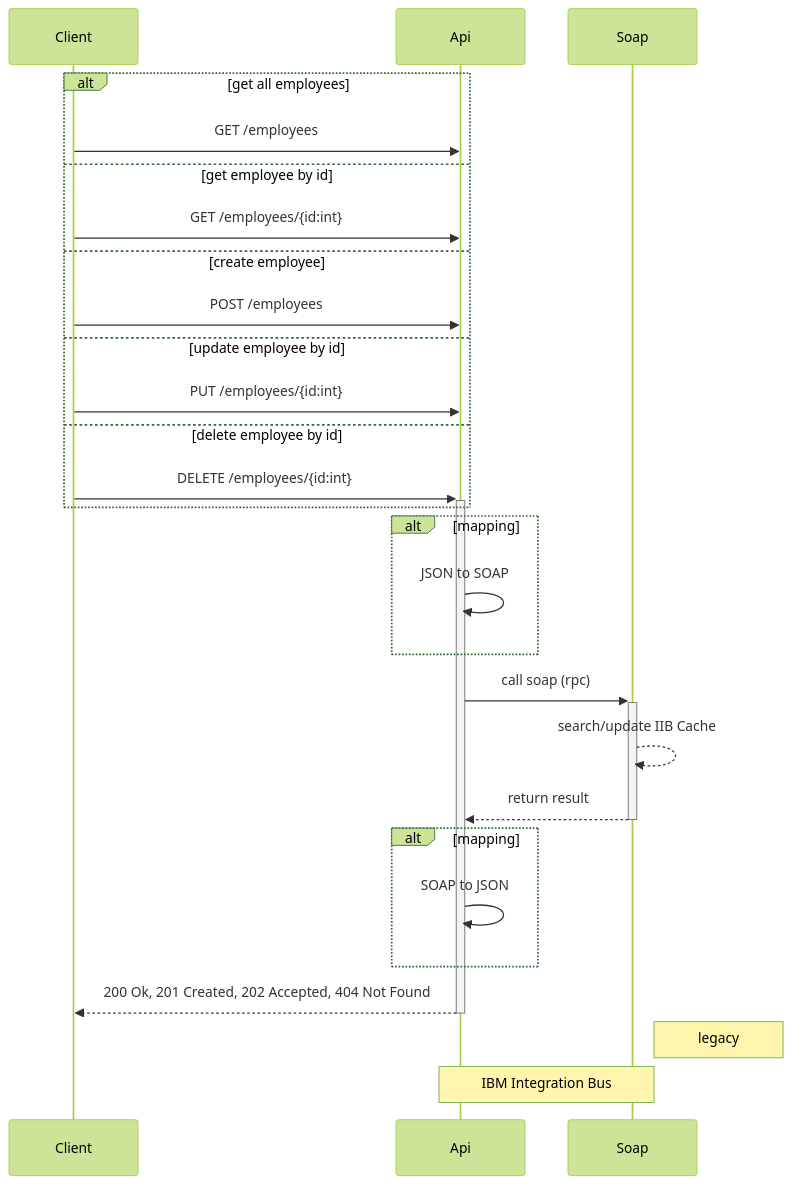
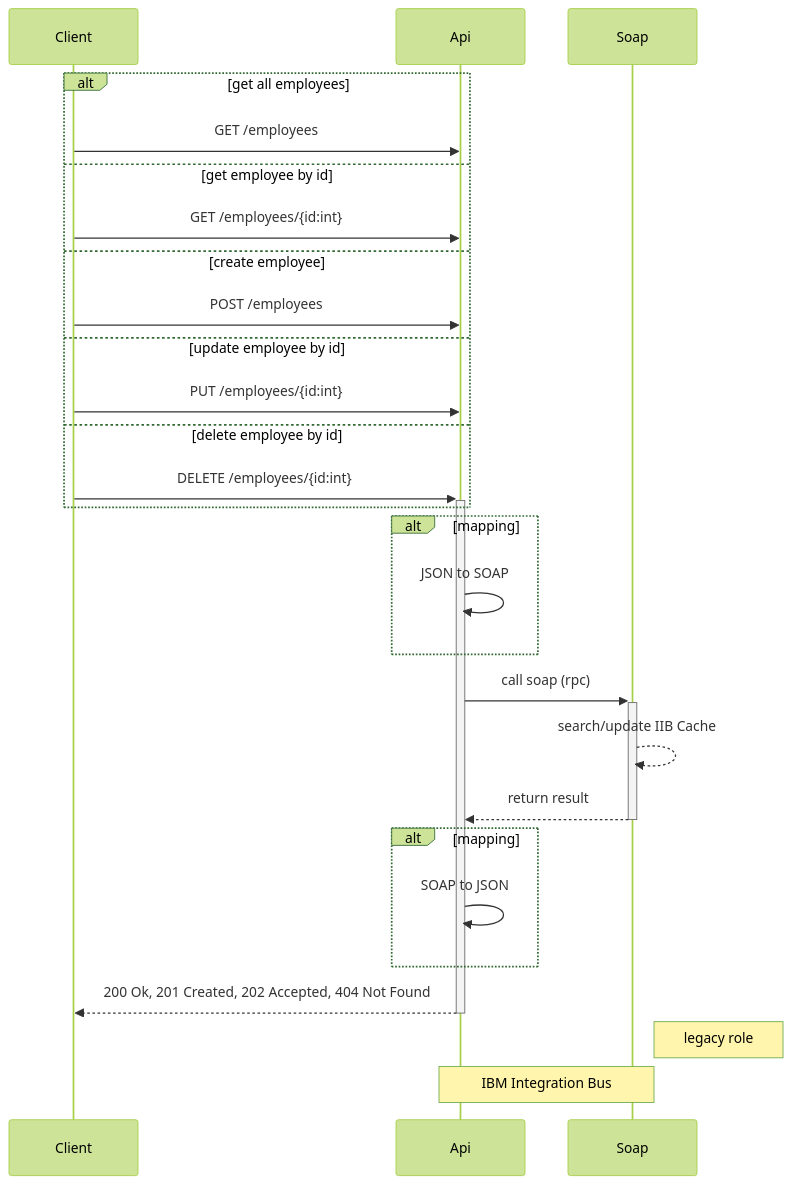
One commit to agabopinho/iib-lab changed the diagram in flow.mmd. Above: the diagram before and after it, drawn with Mermaid (forest theme). The commit also changed 3 other files, not shown here.

Commit message:
flow svg

```diff
--- a/flow.mmd
+++ b/flow.mmd
@@ -1,24 +1,24 @@
 sequenceDiagram
     alt get all employees
         Client->>Api: GET /employees
     else get employee by id
         Client->>Api: GET /employees/{id:int}
     else create employee 
         Client->>Api: POST /employees
     else update employee by id
         Client->>Api: PUT /employees/{id:int}
     else delete employee by id
         Client->>+Api: DELETE /employees/{id:int}
     end
     alt mapping
         Api->>Api: JSON to SOAP
     end
     Api->>+Soap: call soap (rpc)
     Soap-->>Soap: search/update IIB Cache
     Soap-->>-Api: return result
     alt mapping
         Api->>Api: SOAP to JSON
     end
     Api-->>-Client: 200 Ok, 201 Created, 202 Accepted, 404 Not Found
-    Note right of Soap: legacy
+    Note right of Soap: legacy role
     Note over Api,Soap: IBM Integration Bus
```
